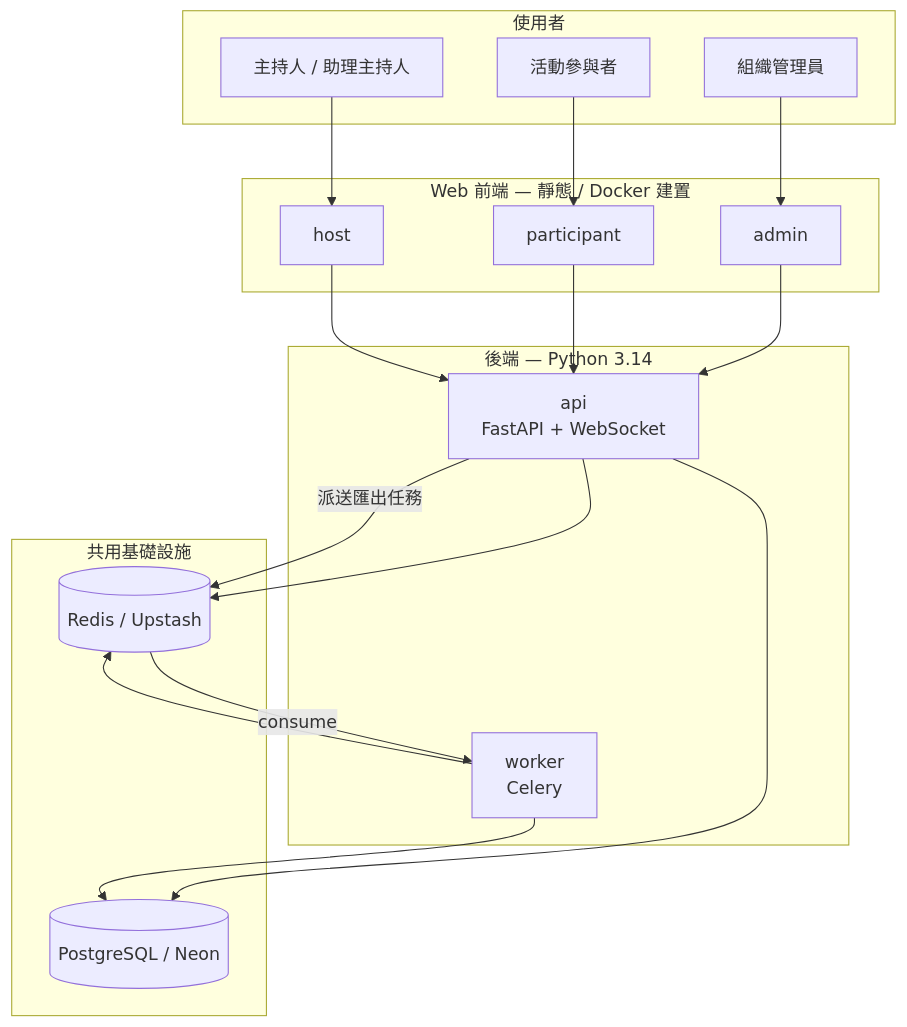
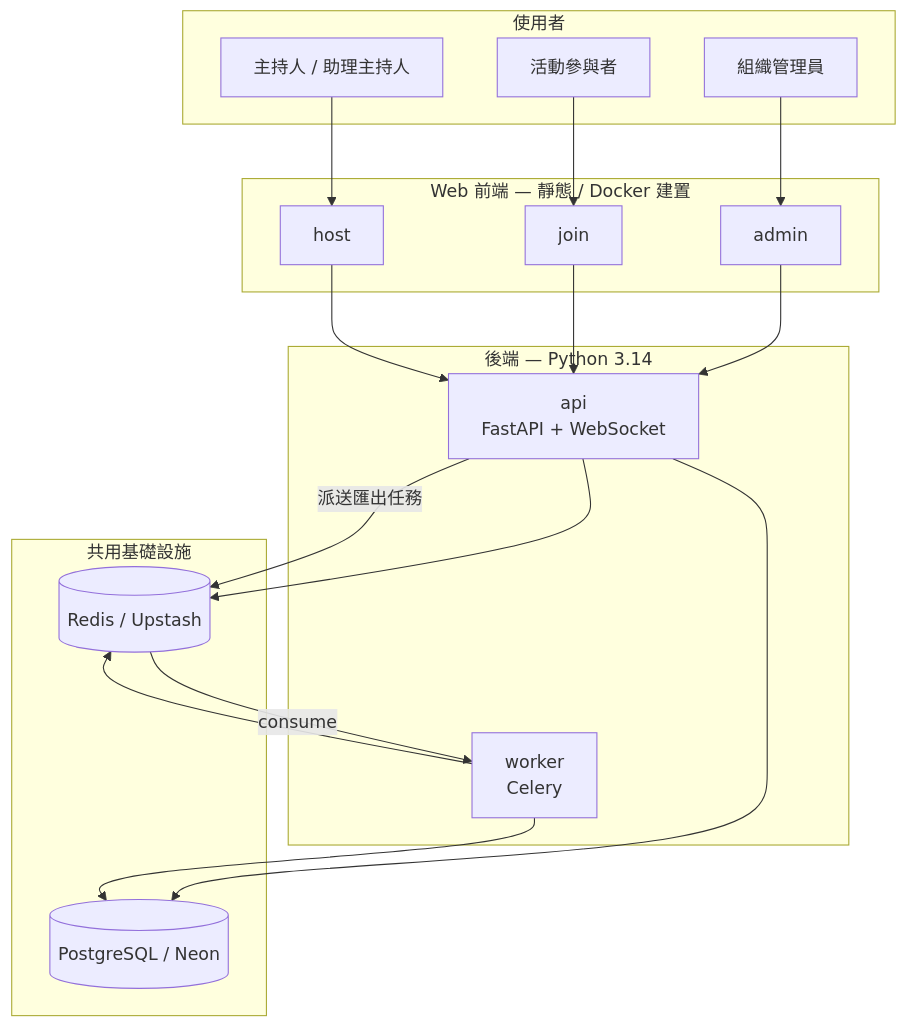
The diagram in docs/服務架構.md (taiwanveo/LiveEngage_v2), drawn with Mermaid before and after one commit. The commit also changed other lines of this file and 53 other files, not shown here.

````diff
--- a/docs/服務架構.md
+++ b/docs/服務架構.md
@@ -10,39 +10,39 @@
 ```mermaid
 flowchart TB
   subgraph users [使用者]
     HostUser[主持人 / 助理主持人]
     PartUser[活動參與者]
     AdminUser[組織管理員]
   end
 
   subgraph fe [Web 前端 — 靜態 / Docker 建置]
     host[host]
-    participant[participant]
+    join[join]
     admin[admin]
   end
 
   subgraph be [後端 — Python 3.14]
     api[api<br/>FastAPI + WebSocket]
     worker[worker<br/>Celery]
   end
 
   subgraph infra [共用基礎設施]
     PG[(PostgreSQL / Neon)]
     Redis[(Redis / Upstash)]
   end
 
   HostUser --> host
-  PartUser --> participant
+  PartUser --> join
   AdminUser --> admin
 
   host --> api
-  participant --> api
+  join --> api
   admin --> api
 
   api --> PG
   api --> Redis
   api -->|派送匯出任務| Redis
   Redis -->|consume| worker
   worker --> PG
   worker --> Redis
 ```
````
